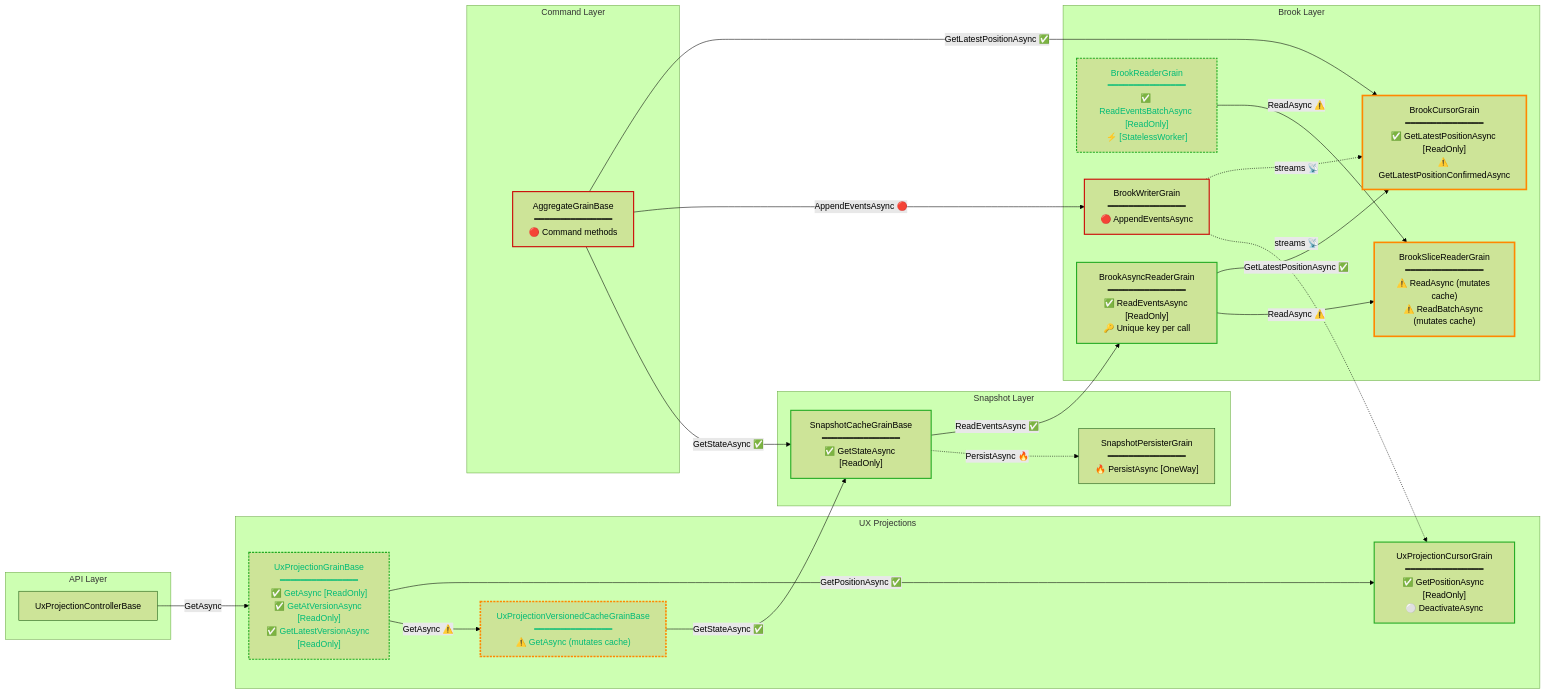
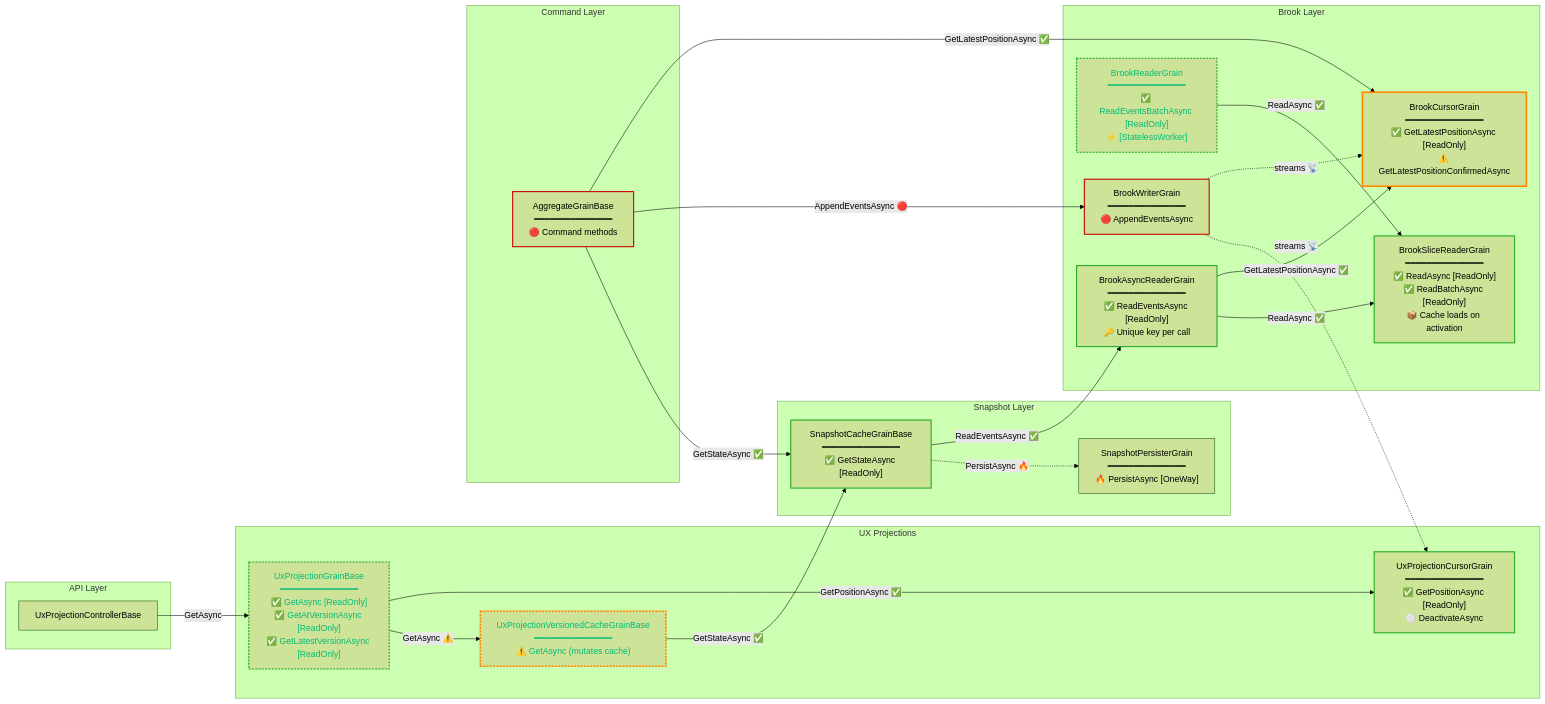
One commit to Gibbs-Morris/mississippi changed the diagram in docs/grain-read-write-paths.md. Above: the diagram before and after it, drawn with Mermaid (forest theme). The commit also changed other lines of this file and 8 other files, not shown here.

First line of the commit message:
feat(brooks): eager cache on BrookSliceReaderGrain activation with [ReadOnly] restoration

````diff
--- a/docs/grain-read-write-paths.md
+++ b/docs/grain-read-write-paths.md
@@ -27,69 +27,69 @@
 ```mermaid
 flowchart LR
   subgraph API["API Layer"]
     UxApi["UxProjectionControllerBase"]
   end
 
   subgraph UX["UX Projections"]
     UxProjection["UxProjectionGrainBase<br/>━━━━━━━━━━━━━━━<br/>✅ GetAsync [ReadOnly]<br/>✅ GetAtVersionAsync [ReadOnly]<br/>✅ GetLatestVersionAsync [ReadOnly]"]
     UxCursor["UxProjectionCursorGrain<br/>━━━━━━━━━━━━━━━<br/>✅ GetPositionAsync [ReadOnly]<br/>⚪ DeactivateAsync"]
     UxCache["UxProjectionVersionedCacheGrainBase<br/>━━━━━━━━━━━━━━━<br/>⚠️ GetAsync (mutates cache)"]
   end
 
   subgraph Snapshots["Snapshot Layer"]
     SnapshotCache["SnapshotCacheGrainBase<br/>━━━━━━━━━━━━━━━<br/>✅ GetStateAsync [ReadOnly]"]
     SnapshotPersister["SnapshotPersisterGrain<br/>━━━━━━━━━━━━━━━<br/>🔥 PersistAsync [OneWay]"]
   end
 
   subgraph Brooks["Brook Layer"]
     BrookWriter["BrookWriterGrain<br/>━━━━━━━━━━━━━━━<br/>🔴 AppendEventsAsync"]
     BrookCursor["BrookCursorGrain<br/>━━━━━━━━━━━━━━━<br/>✅ GetLatestPositionAsync [ReadOnly]<br/>⚠️ GetLatestPositionConfirmedAsync"]
     BrookReader["BrookReaderGrain<br/>━━━━━━━━━━━━━━━<br/>✅ ReadEventsBatchAsync [ReadOnly]<br/>⚡ [StatelessWorker]"]
     BrookAsyncReader["BrookAsyncReaderGrain<br/>━━━━━━━━━━━━━━━<br/>✅ ReadEventsAsync [ReadOnly]<br/>🔑 Unique key per call"]
-    BrookSlice["BrookSliceReaderGrain<br/>━━━━━━━━━━━━━━━<br/>⚠️ ReadAsync (mutates cache)<br/>⚠️ ReadBatchAsync (mutates cache)"]
+    BrookSlice["BrookSliceReaderGrain<br/>━━━━━━━━━━━━━━━<br/>✅ ReadAsync [ReadOnly]<br/>✅ ReadBatchAsync [ReadOnly]<br/>📦 Cache loads on activation"]
   end
 
   subgraph Aggregates["Command Layer"]
     Aggregate["AggregateGrainBase<br/>━━━━━━━━━━━━━━━<br/>🔴 Command methods"]
   end
 
   %% API to UX
   UxApi -->|"GetAsync"| UxProjection
 
   %% UX internal reads
   UxProjection -->|"GetPositionAsync ✅"| UxCursor
   UxProjection -->|"GetAsync ⚠️"| UxCache
   UxCache -->|"GetStateAsync ✅"| SnapshotCache
 
   %% Snapshot to Brook reads
   SnapshotCache -->|"ReadEventsAsync ✅"| BrookAsyncReader
   SnapshotCache -.->|"PersistAsync 🔥"| SnapshotPersister
 
   %% Brook reader chain (batch path via StatelessWorker)
-  BrookReader -->|"ReadAsync ⚠️"| BrookSlice
+  BrookReader -->|"ReadAsync ✅"| BrookSlice
 
   %% Brook async reader chain (streaming path via unique keys)
   BrookAsyncReader -->|"GetLatestPositionAsync ✅"| BrookCursor
-  BrookAsyncReader -->|"ReadAsync ⚠️"| BrookSlice
+  BrookAsyncReader -->|"ReadAsync ✅"| BrookSlice
 
   %% Write path
   Aggregate -->|"GetLatestPositionAsync ✅"| BrookCursor
   Aggregate -->|"AppendEventsAsync 🔴"| BrookWriter
   Aggregate -->|"GetStateAsync ✅"| SnapshotCache
 
   %% Stream notifications
   BrookWriter -.->|"streams 📡"| BrookCursor
   BrookWriter -.->|"streams 📡"| UxCursor
 
   %% Styling
   class UxProjection,UxCache stateless
   class BrookReader stateless
-  class UxProjection,UxCursor,SnapshotCache,BrookReader,BrookAsyncReader readonly
-  class BrookSlice,UxCache,BrookCursor bottleneck
+  class UxProjection,UxCursor,SnapshotCache,BrookReader,BrookAsyncReader,BrookSlice readonly
+  class UxCache,BrookCursor bottleneck
   class BrookWriter,Aggregate write
 
   classDef stateless stroke-dasharray: 4 2, stroke:#0b7, color:#0b7;
   classDef readonly stroke:#2a2, stroke-width:2px;
   classDef bottleneck stroke:#f80, stroke-width:3px;
   classDef write stroke:#c00, stroke-width:2px;
 ```
````
